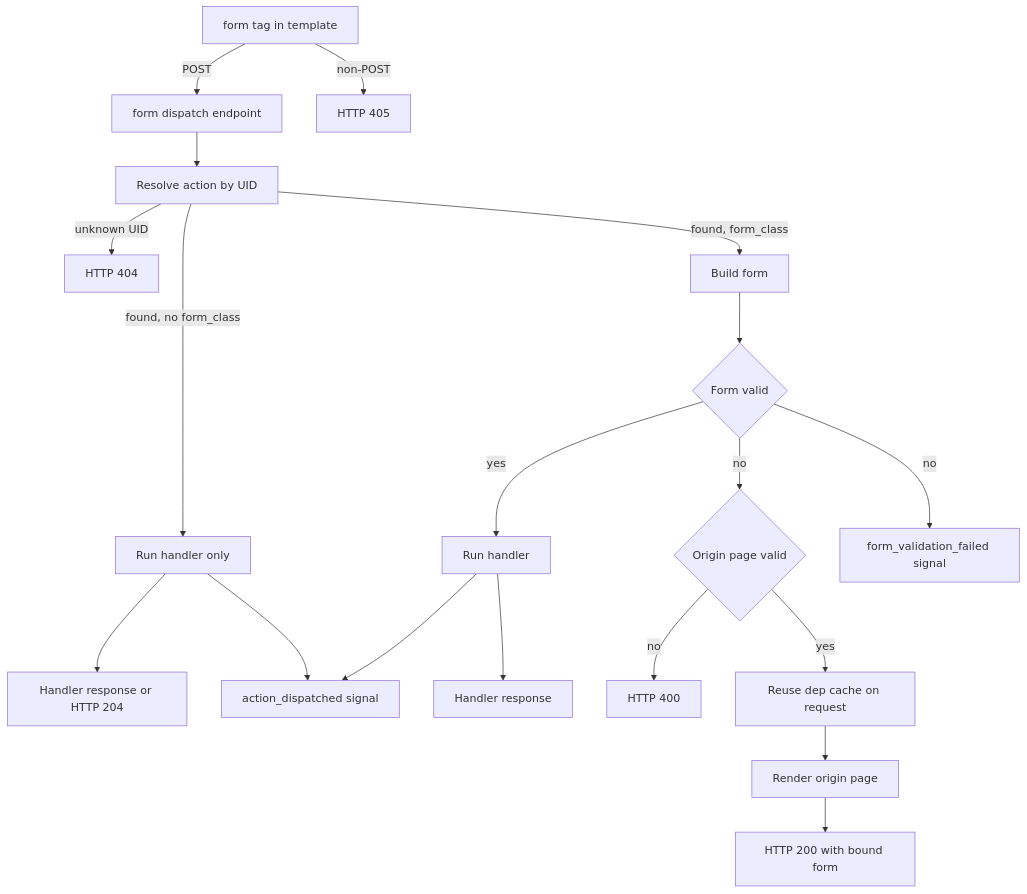
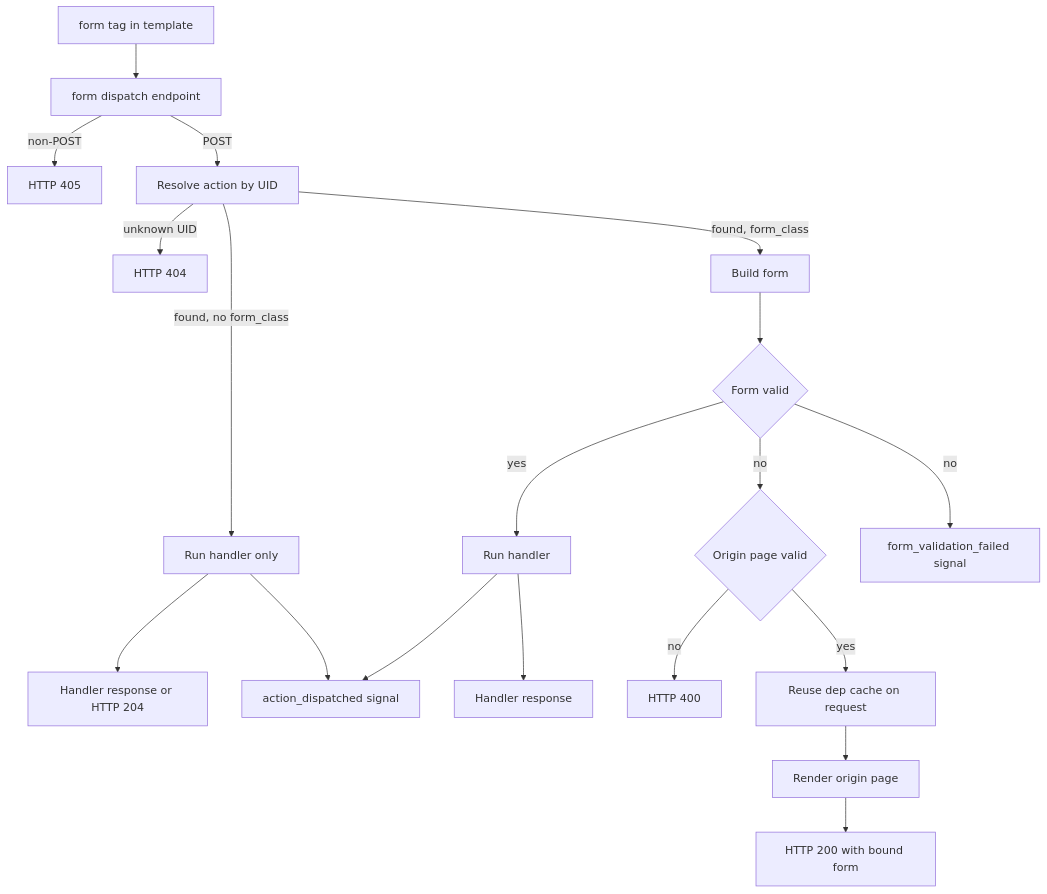
The diagram in docs/content/internals/action-dispatch.rst (next-dj/next-dj), drawn with Mermaid before and after one commit. The commit also changed other lines of this file and 92 other files, not shown here.

```diff
--- a/docs/content/internals/action-dispatch.rst
+++ b/docs/content/internals/action-dispatch.rst
@@ -23,21 +23,21 @@
 .. mermaid::
 
    flowchart TB
-       Template["form tag in template"] -- POST --> Endpoint["form dispatch endpoint"]
-       Template -- "non-POST" --> NotAllowed["HTTP 405"]
-       Endpoint --> Lookup["Resolve action by UID"]
+       Template["form tag in template"] --> Endpoint["form dispatch endpoint"]
+       Endpoint -- "non-POST" --> NotAllowed["HTTP 405"]
+       Endpoint -- POST --> Lookup["Resolve action by UID"]
        Lookup -- unknown UID --> NotFound["HTTP 404"]
        Lookup -- "found, no form_class" --> HandlerOnly["Run handler only"]
        Lookup -- "found, form_class" --> Build["Build form"]
        HandlerOnly --> HandlerOnlyResponse["Handler response or HTTP 204"]
        HandlerOnly --> ActionDispatched["action_dispatched signal"]
        Build --> Validate{"Form valid"}
        Validate -- yes --> Handler["Run handler"]
        Handler --> Response["Handler response"]
        Handler --> ActionDispatched
        Validate -- no --> Origin{"Origin page valid"}
        Origin -- no --> BadRequest["HTTP 400"]
        Origin -- yes --> ShareCache["Reuse dep cache on request"]
        ShareCache --> RenderOrigin["Render origin page"]
        RenderOrigin --> RerenderHTML["HTTP 200 with bound form"]
        Validate -- no --> FormFailed["form_validation_failed signal"]
```
